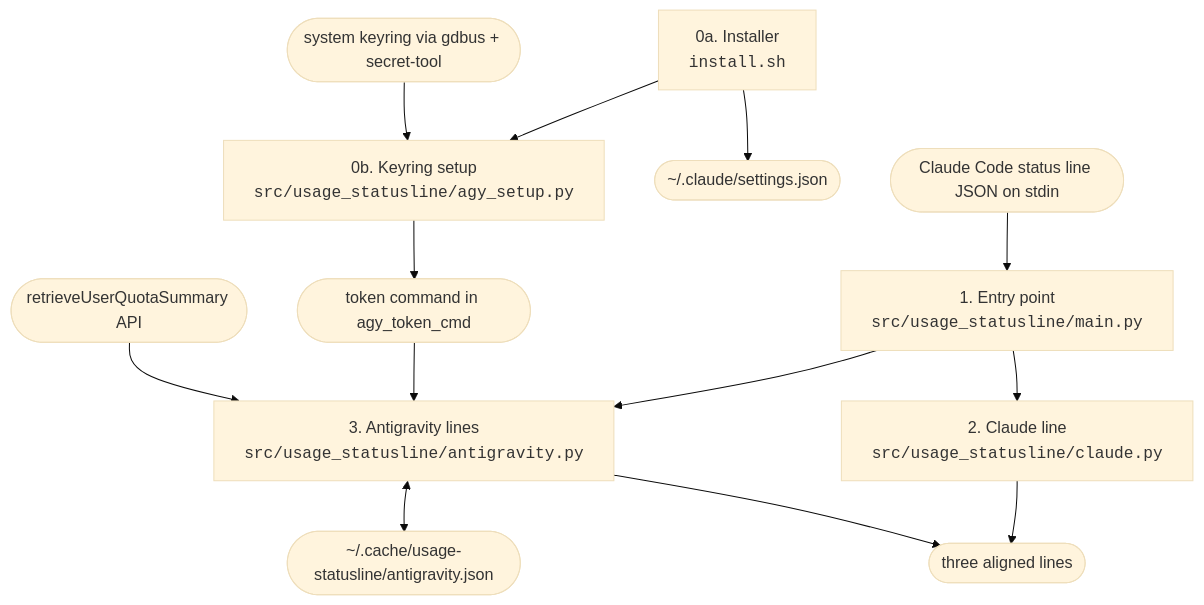
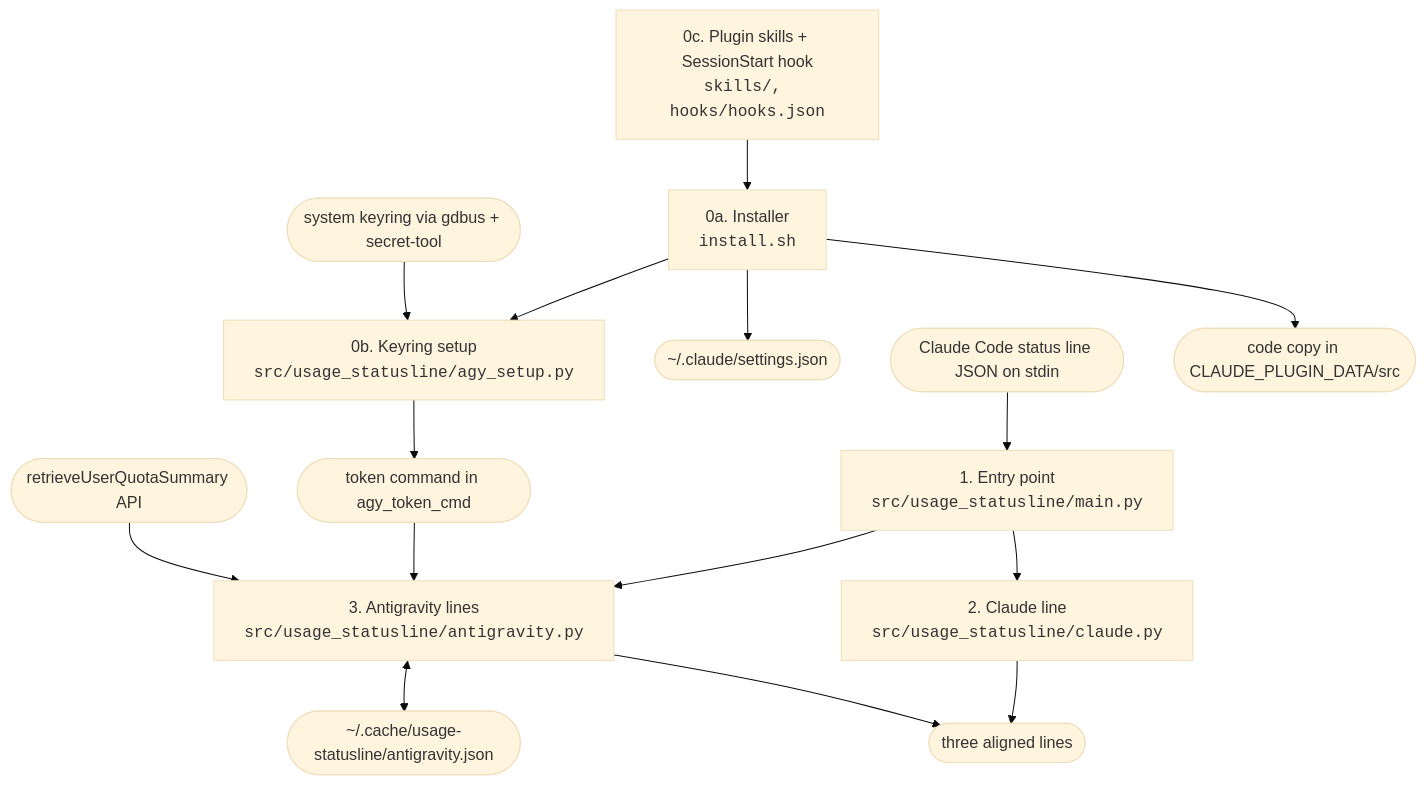
The first of 2 diagrams in docs/ARCHITECTURE.md (mlemes/quotaline), drawn with Mermaid (base theme) before and after one commit. The commit also changed other lines of this file and 11 other files, not shown here.

Commit message:
usage-statusline: publish as a Claude Code plugin and mlemes marketplace, MIT license

````diff
--- a/docs/ARCHITECTURE.md
+++ b/docs/ARCHITECTURE.md
@@ -13,15 +14,17 @@
 ```mermaid
 flowchart TB
     cc([Claude Code status line JSON on stdin]) --> main["1. Entry point<br/><code>src/usage_statusline/main.py</code>"]
     main --> claude["2. Claude line<br/><code>src/usage_statusline/claude.py</code>"]
     main --> ag["3. Antigravity lines<br/><code>src/usage_statusline/antigravity.py</code>"]
     tok([token command in agy_token_cmd]) --> ag
     api([retrieveUserQuotaSummary API]) --> ag
     ag <--> cache([~/.cache/usage-statusline/antigravity.json])
     claude --> out([three aligned lines])
     ag --> out
     inst["0a. Installer<br/><code>install.sh</code>"] --> settings([~/.claude/settings.json])
     inst --> setup["0b. Keyring setup<br/><code>src/usage_statusline/agy_setup.py</code>"]
     keyring([system keyring via gdbus + secret-tool]) --> setup
     setup --> tok
+    skill["0c. Plugin skills + SessionStart hook<br/><code>skills/, hooks/hooks.json</code>"] --> inst
+    inst --> data([code copy in CLAUDE_PLUGIN_DATA/src])
 ```
````
